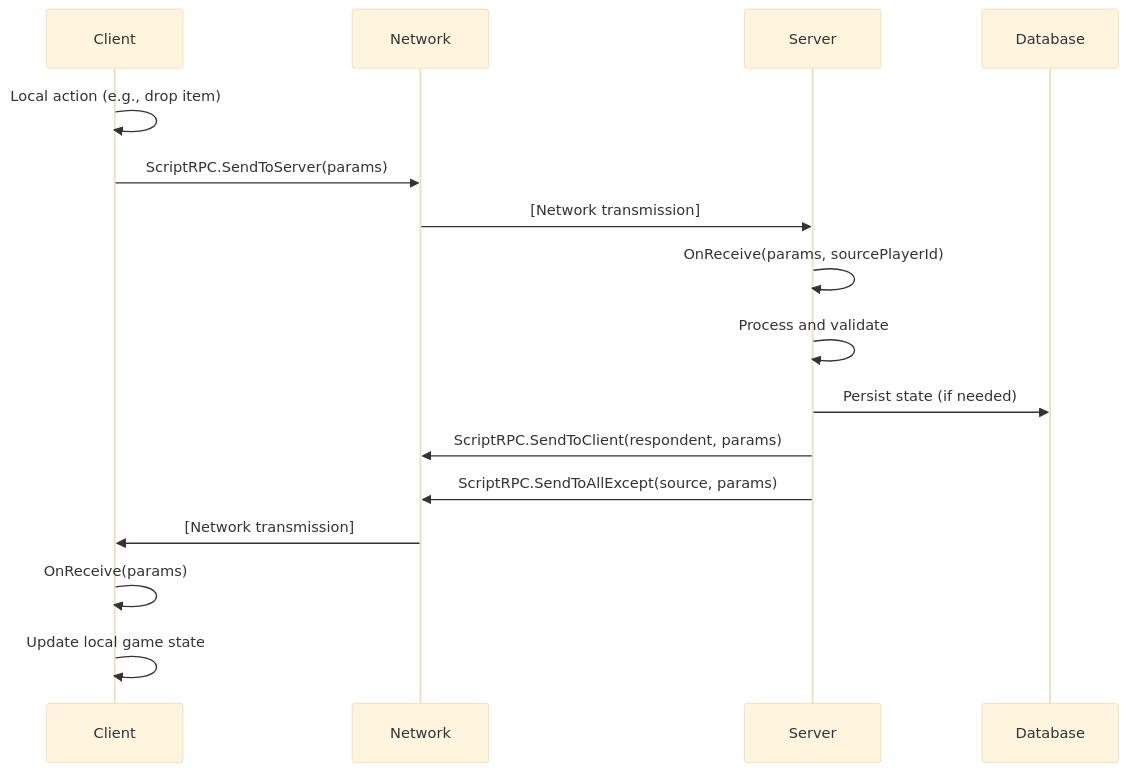
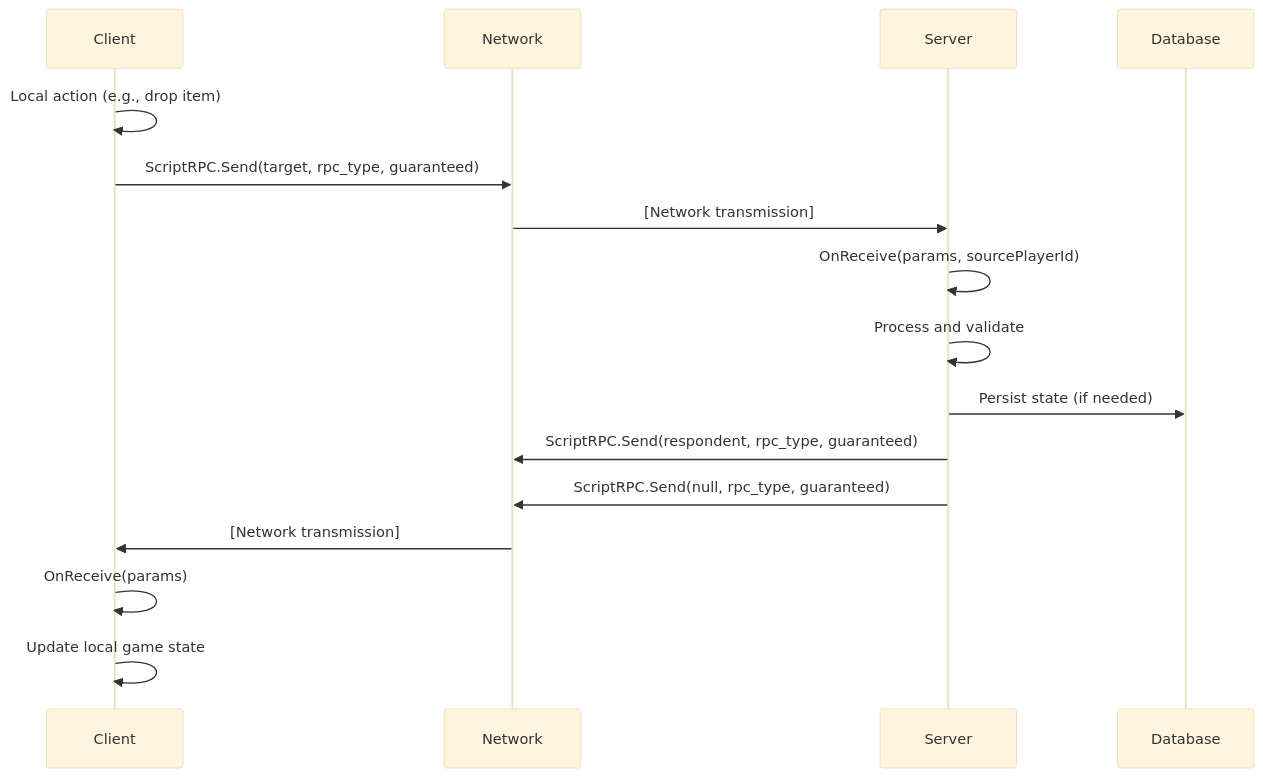
One commit to rogersau/DayZ-Scripts-Wiki changed the second of 3 diagrams in docs/game-systems/networking.md. Above: the diagram before and after it, drawn with Mermaid (base theme). The commit also changed other lines of this file and 48 other files, not shown here.

````diff
--- a/docs/game-systems/networking.md
+++ b/docs/game-systems/networking.md
@@ -84,19 +65,19 @@
 ```mermaid
 sequenceDiagram
     participant Client
     participant Network
     participant Server
     participant DB as Database
     
     Client->>Client: Local action (e.g., drop item)
-    Client->>Network: ScriptRPC.SendToServer(params)
+    Client->>Network: ScriptRPC.Send(target, rpc_type, guaranteed)
     Network->>Server: [Network transmission]
     Server->>Server: OnReceive(params, sourcePlayerId)
     Server->>Server: Process and validate
     Server->>DB: Persist state (if needed)
-    Server->>Network: ScriptRPC.SendToClient(respondent, params)
-    Server->>Network: ScriptRPC.SendToAllExcept(source, params)
+    Server->>Network: ScriptRPC.Send(respondent, rpc_type, guaranteed)
+    Server->>Network: ScriptRPC.Send(null, rpc_type, guaranteed)
     Network->>Client: [Network transmission]
     Client->>Client: OnReceive(params)
     Client->>Client: Update local game state
 ```
````
